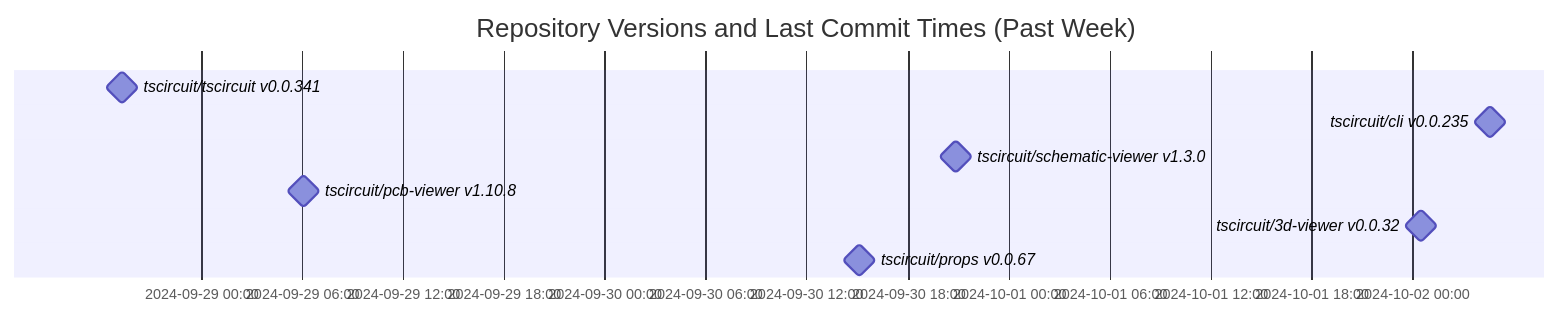
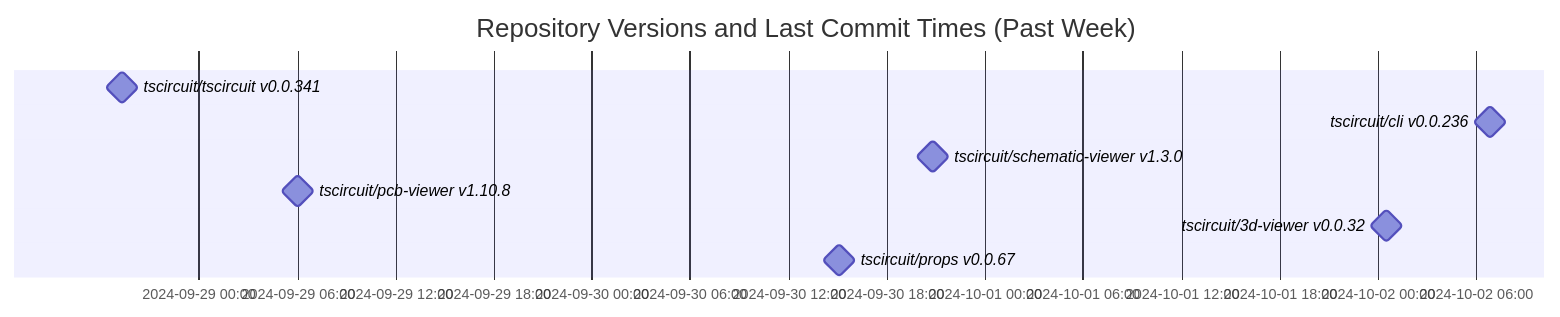
One commit to tscircuit/version-tracker changed the diagram in README.md. Above: the diagram before and after it, drawn with Mermaid.

Commit message:
Update chart

````diff
--- a/README.md
+++ b/README.md
@@ -1,13 +1,13 @@
 ```mermaid
 gantt
   dateFormat  YYYY-MM-DD HH:mm:ss
   title Repository Versions and Last Commit Times (Past Week)
   axisFormat %Y-%m-%d %H:%M
 
   tscircuit/tscircuit v0.0.341 : milestone, 2024-09-28 19:18:49, 1s
-  tscircuit/cli v0.0.235 : milestone, 2024-10-02 04:36:20, 1s
+  tscircuit/cli v0.0.236 : milestone, 2024-10-02 06:51:46, 1s
   tscircuit/schematic-viewer v1.3.0 : milestone, 2024-09-30 20:50:04, 1s
   tscircuit/pcb-viewer v1.10.8 : milestone, 2024-09-29 06:04:46, 1s
   tscircuit/3d-viewer v0.0.32 : milestone, 2024-10-02 00:30:55, 1s
   tscircuit/props v0.0.67 : milestone, 2024-09-30 15:06:17, 1s
 ```
````
